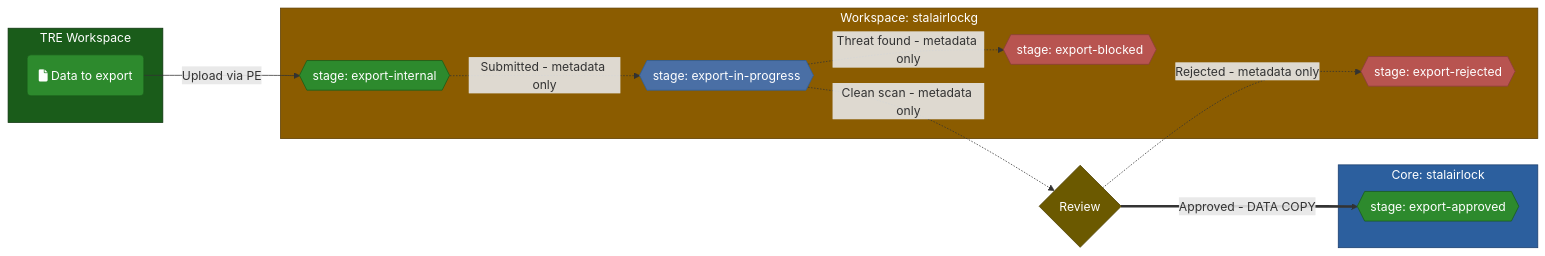
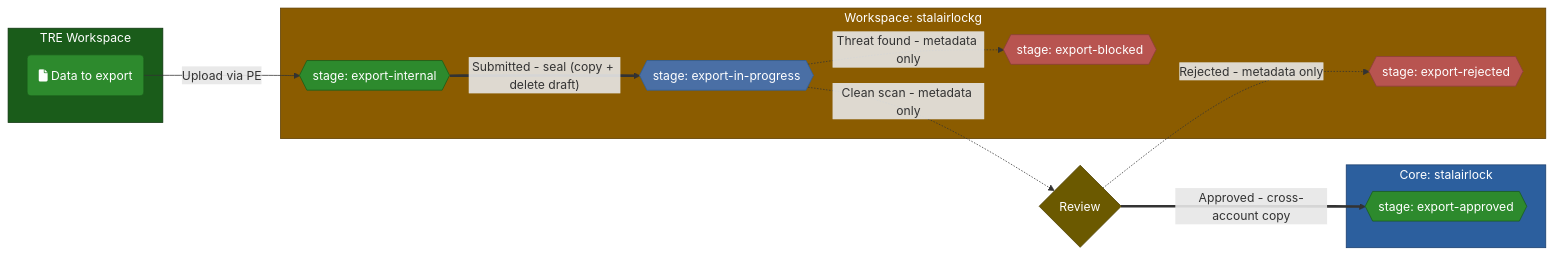
Before and after one commit to microsoft/AzureTRE: the fourth of 7 diagrams in docs/azure-tre-overview/airlock.md, drawn with Mermaid. The commit also changed other lines of this file and 1 other file, not shown here.

Commit message:
Sync airlock docs with current code: submit seal/immutability, cancel-from-submitted, v2 approval completion via BlobCreatedTrigger, in-place minor upgrade

````diff
--- a/docs/azure-tre-overview/airlock.md
+++ b/docs/azure-tre-overview/airlock.md
@@ -211,35 +210,35 @@
 ```mermaid
 graph LR
     subgraph Workspace["TRE Workspace"]
         data("fa:fa-file Data to export")
     end
 
     subgraph WorkspaceStorage["Workspace: stalairlockg"]
         A{{"stage: export-internal"}}
         B{{"stage: export-in-progress"}}
         D{{"stage: export-blocked"}}
         C{{"stage: export-rejected"}}
     end
 
     subgraph CoreStorage["Core: stalairlock"]
         E{{"stage: export-approved"}}
     end
 
     data -- "Upload via PE" --> A
-    A -. "Submitted - metadata only" .-> B
+    A == "Submitted - seal (copy + delete draft)" ==> B
     B -. "Threat found - metadata only" .-> D
     B -. "Clean scan - metadata only" .-> review{"Review"}
     review -. "Rejected - metadata only" .-> C
-    review == "Approved - DATA COPY" ==> E
+    review == "Approved - cross-account copy" ==> E
 
     style Workspace fill:#1a5c1a,stroke:#0d330d,color:#fff
     style WorkspaceStorage fill:#8b5c00,stroke:#5c3d00,color:#fff
     style CoreStorage fill:#2c5f9e,stroke:#1a3d6d,color:#fff
     style data fill:#2d8a2d,stroke:#1a5c1a,color:#fff
     style A fill:#2d8a2d,stroke:#1a5c1a,color:#fff
     style B fill:#4a6fa5,stroke:#2c5f9e,color:#fff
     style C fill:#b85450,stroke:#8b3e3b,color:#fff
     style D fill:#b85450,stroke:#8b3e3b,color:#fff
     style E fill:#2d8a2d,stroke:#1a5c1a,color:#fff
     style review fill:#6b5900,stroke:#4a3d00,color:#fff
 ```
````
